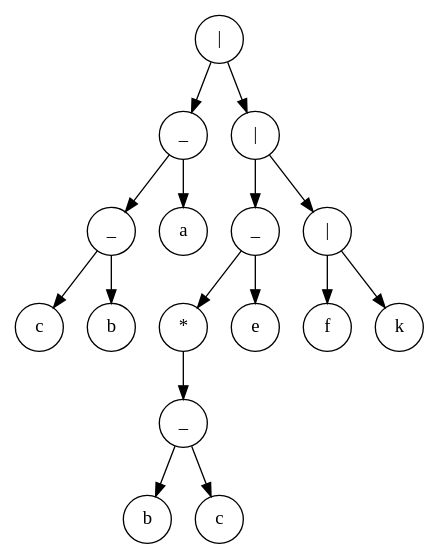
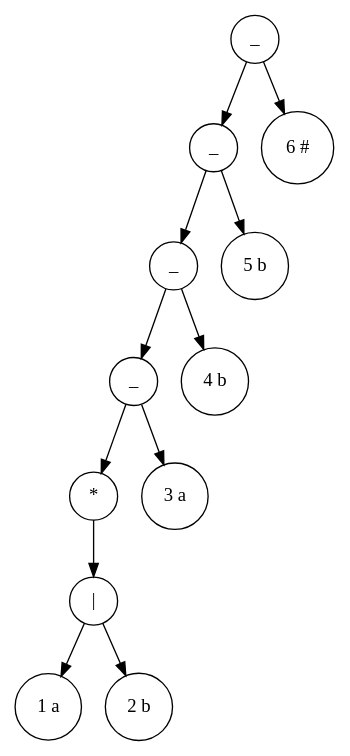
One commit to x6x4/LAB2_URGENCY changed the diagram in tree_output.dot. Above: the diagram before and after it, drawn with Graphviz. The commit also changed 5 other files, not shown here.

```diff
--- a/tree_output.dot
+++ b/tree_output.dot
@@ -1,34 +1,26 @@
 digraph Tree {
 node [shape=circle];
-94876466181328 [label="|"];
-94876466181328 -> 94876466180976;
-94876466180976 [label="_"];
-94876466180976 -> 94876466180912;
-94876466180912 [label="_"];
-94876466180912 -> 94876466180848;
-94876466180848 [label="c"];
-94876466180912 -> 94876466180880;
-94876466180880 [label="b"];
-94876466180976 -> 94876466180944;
-94876466180944 [label="a"];
-94876466181328 -> 94876466181296;
-94876466181296 [label="|"];
-94876466181296 -> 94876466181168;
-94876466181168 [label="_"];
-94876466181168 -> 94876466181104;
-94876466181104 [label="*"];
-94876466181104 -> 94876466181072;
-94876466181072 [label="_"];
-94876466181072 -> 94876466181008;
-94876466181008 [label="b"];
-94876466181072 -> 94876466181040;
-94876466181040 [label="c"];
-94876466181168 -> 94876466181136;
-94876466181136 [label="e"];
-94876466181296 -> 94876466181264;
-94876466181264 [label="|"];
-94876466181264 -> 94876466181200;
-94876466181200 [label="f"];
-94876466181264 -> 94876466181232;
-94876466181232 [label="k"];
+94111105930448 [label="_"];
+94111105930448 -> 94111105930352;
+94111105930352 [label="_"];
+94111105930352 -> 94111105930256;
+94111105930256 [label="_"];
+94111105930256 -> 94111105930160;
+94111105930160 [label="_"];
+94111105930160 -> 94111105930064;
+94111105930064 [label="*"];
+94111105930064 -> 94111105930016;
+94111105930016 [label="|"];
+94111105930016 -> 94111105929920;
+94111105929920 [label="1 a"];
+94111105930016 -> 94111105929968;
+94111105929968 [label="2 b"];
+94111105930160 -> 94111105930112;
+94111105930112 [label="3 a"];
+94111105930256 -> 94111105930208;
+94111105930208 [label="4 b"];
+94111105930352 -> 94111105930304;
+94111105930304 [label="5 b"];
+94111105930448 -> 94111105930400;
+94111105930400 [label="6 #"];
 }
```
